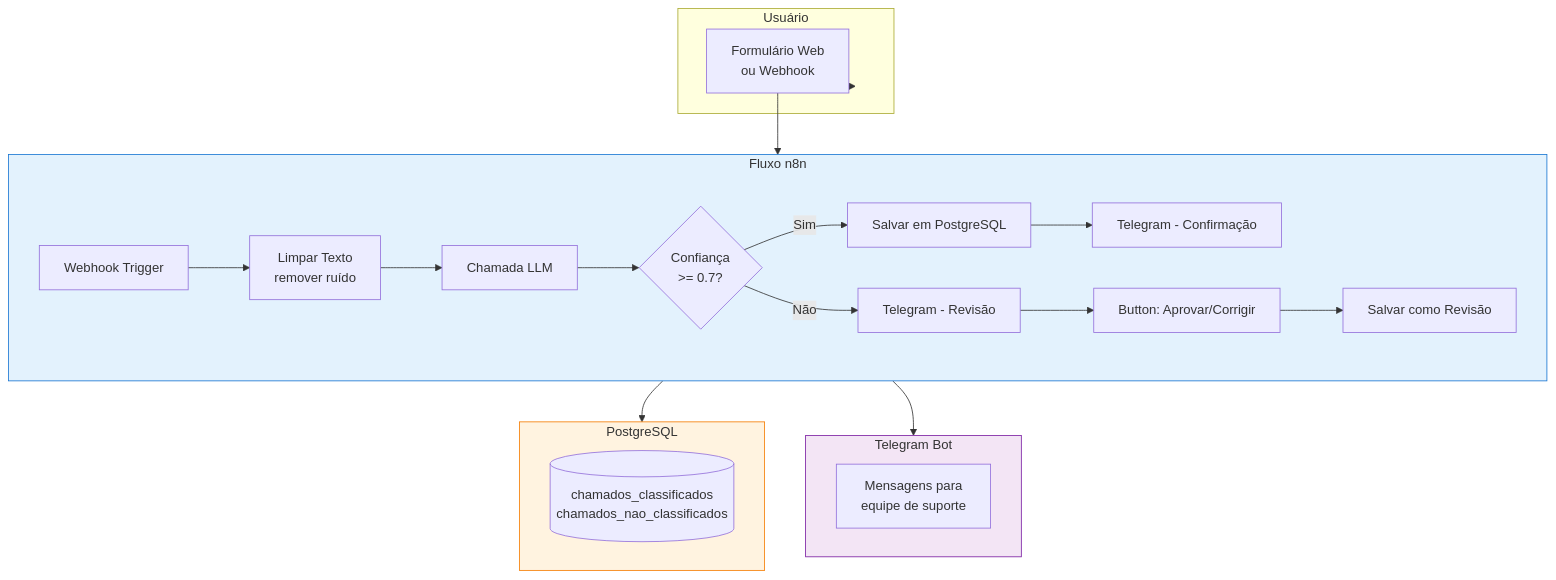
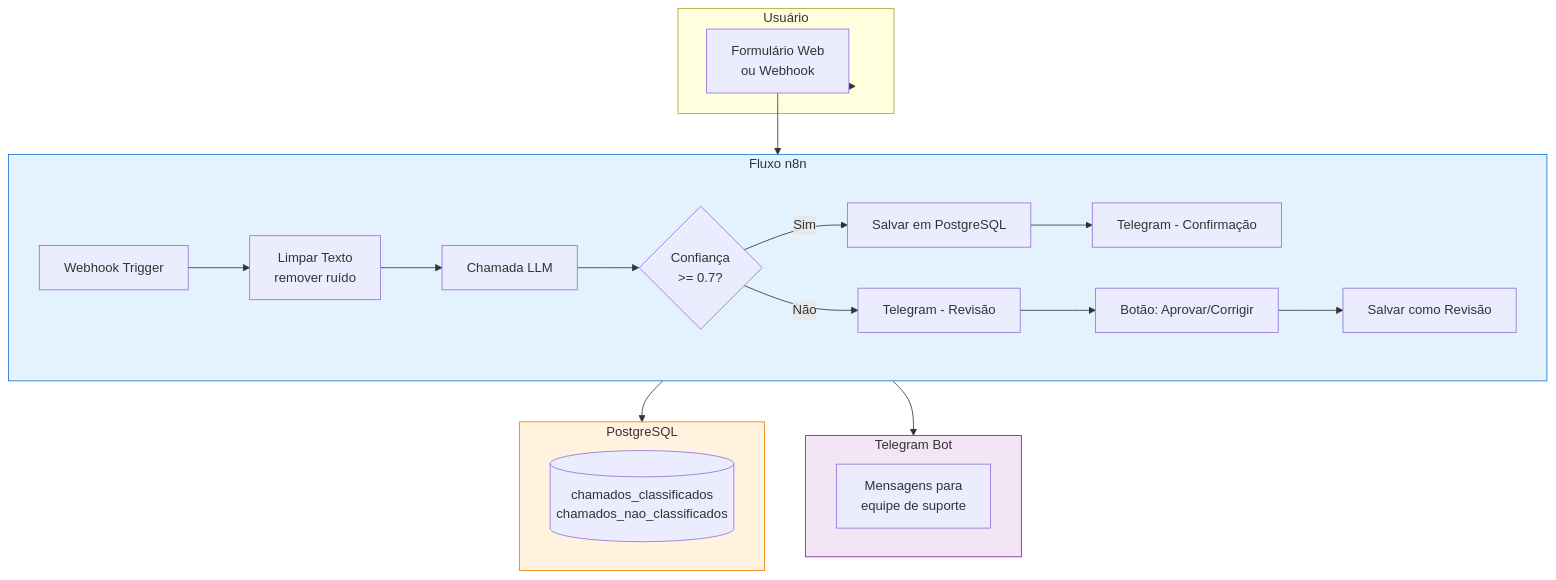
Before and after one commit to Hey-Pablo/triagem-chamados-ia: the diagram in README.md, drawn with Mermaid.

Commit message:
docs: corrigir formatação mermaid no README

````diff
--- a/README.md
+++ b/README.md
@@ -15,34 +15,34 @@
 ```mermaid
 flowchart TD
     subgraph Usuario["Usuário"]
         A[Formulário Web<br/>ou Webhook]
     end
 
     subgraph N8N["Fluxo n8n"]
         B[Webhook Trigger] --> C[Limpar Texto<br/>remover ruído]
         C --> D[Chamada LLM]
-        D --> E{Confiança<br/ >>= 0.7?}
+        D --> E{Confiança<br/>>= 0.7?}
         E -->|Sim| F[Salvar em PostgreSQL]
         F --> G[Telegram - Confirmação]
         E -->|Não| H[Telegram - Revisão]
-        H --> I[Button: Aprovar/Corrigir]
+        H --> I[Botão: Aprovar/Corrigir]
         I --> J[Salvar como Revisão]
     end
 
     subgraph Banco["PostgreSQL"]
         L[(chamados_classificados<br/>chamados_nao_classificados)]
     end
 
     subgraph Notificacao["Telegram Bot"]
         K[Mensagens para<br/>equipe de suporte]
     end
 
     Usuario --> A
     A --> N8N
     N8N --> Banco
     N8N --> Notificacao
 
     style N8N fill:#e3f2fd,stroke:#1976d2
     style Banco fill:#fff3e0,stroke:#f57c00
     style Notificacao fill:#f3e5f5,stroke:#7b1fa2
 ```
````
